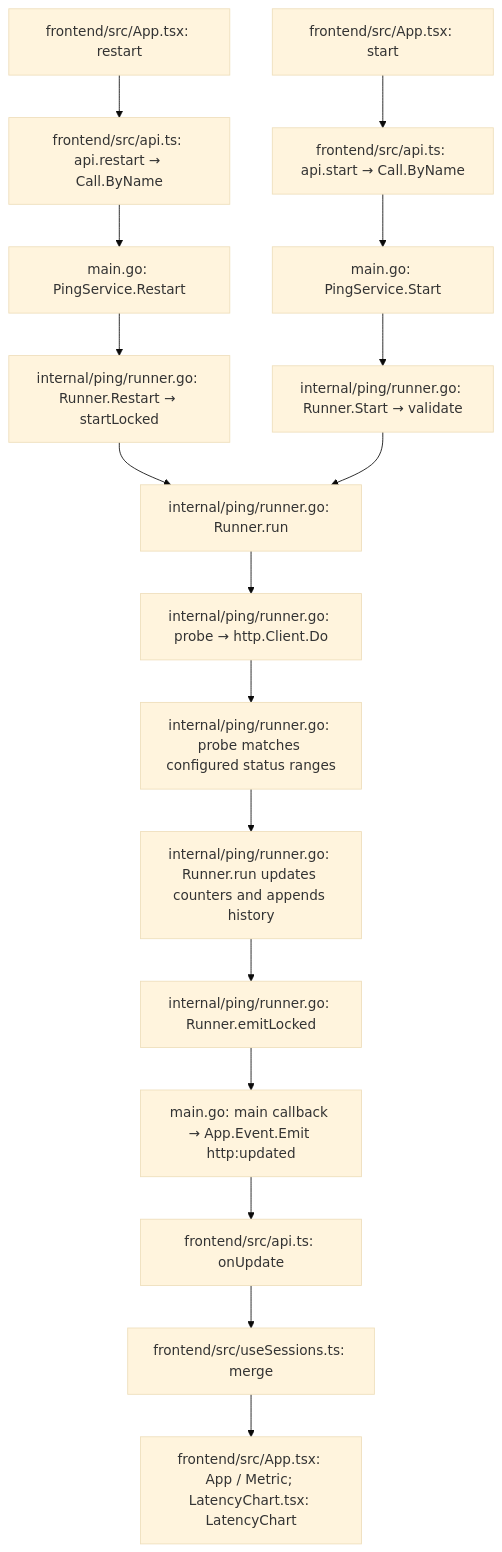
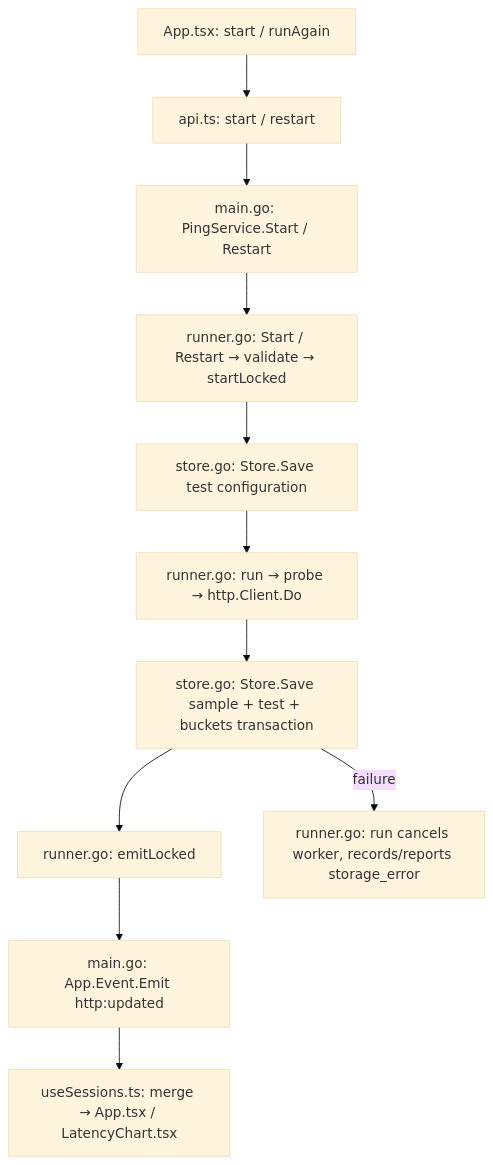
One commit to djian01/nt_gui changed the first of 4 diagrams in docs/api_reference/http-wails-prototype.md. Above: the diagram before and after it, drawn with Mermaid (base theme). The commit also changed other lines of this file and 19 other files, not shown here.

Commit message:
Persist HTTP tests and add saved timeline workflows

````diff
--- a/docs/api_reference/http-wails-prototype.md
+++ b/docs/api_reference/http-wails-prototype.md
@@ -36,19 +42,13 @@
 ```mermaid
 flowchart TD
-    A["frontend/src/App.tsx: start"] --> B["frontend/src/api.ts: api.start → Call.ByName"]
-    B --> C["main.go: PingService.Start"]
-    C --> D["internal/ping/runner.go: Runner.Start → validate"]
-    R["frontend/src/App.tsx: restart"] --> S["frontend/src/api.ts: api.restart → Call.ByName"]
-    S --> T["main.go: PingService.Restart"]
-    T --> U["internal/ping/runner.go: Runner.Restart → startLocked"]
-    U --> E
-    D --> E["internal/ping/runner.go: Runner.run"]
-    E --> F["internal/ping/runner.go: probe → http.Client.Do"]
-    F --> G["internal/ping/runner.go: probe matches configured status ranges"]
-    G --> V["internal/ping/runner.go: Runner.run updates counters and appends history"]
-    V --> H["internal/ping/runner.go: Runner.emitLocked"]
-    H --> I["main.go: main callback → App.Event.Emit http:updated"]
-    I --> J["frontend/src/api.ts: onUpdate"]
-    J --> K["frontend/src/useSessions.ts: merge"]
-    K --> L["frontend/src/App.tsx: App / Metric; LatencyChart.tsx: LatencyChart"]
+    A["App.tsx: start / runAgain"] --> B["api.ts: start / restart"]
+    B --> C["main.go: PingService.Start / Restart"]
+    C --> D["runner.go: Start / Restart → validate → startLocked"]
+    D --> E["store.go: Store.Save test configuration"]
+    E --> F["runner.go: run → probe → http.Client.Do"]
+    F --> G["store.go: Store.Save sample + test + buckets transaction"]
+    G --> H["runner.go: emitLocked"]
+    H --> I["main.go: App.Event.Emit http:updated"]
+    I --> J["useSessions.ts: merge → App.tsx / LatencyChart.tsx"]
+    G -->|failure| K["runner.go: run cancels worker, records/reports storage_error"]
 ```
````
